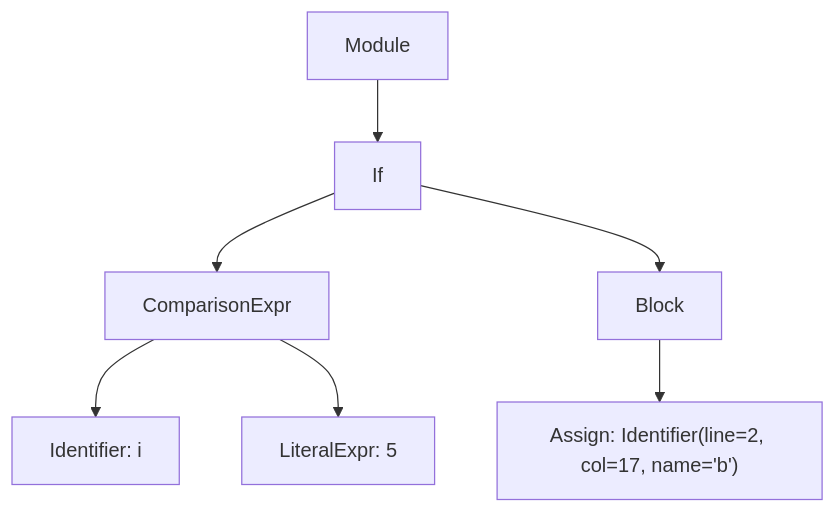
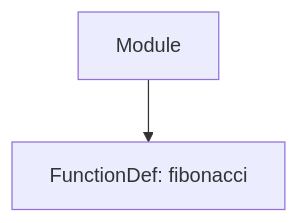
One commit to Andres-QG/TransPYler changed the diagram in ast.mmd. Above: the diagram before and after it, drawn with Mermaid. The commit also changed 8 other files, not shown here.

Commit message:
Add parser_design.md with diagrams, Fixes

```diff
--- a/ast.mmd
+++ b/ast.mmd
@@ -1,14 +1,4 @@
 graph TD
 N0["Module"]
 N0 --> N1
-N1["If"]
-N1 --> N2
-N2["ComparisonExpr"]
-N2 --> N3
-N3["Identifier: i"]
-N2 --> N4
-N4["LiteralExpr: 5"]
-N1 --> N5
-N5["Block"]
-N5 --> N6
-N6["Assign: Identifier(line=2, col=17, name='b')"]
+N1["FunctionDef: fibonacci"]
```
